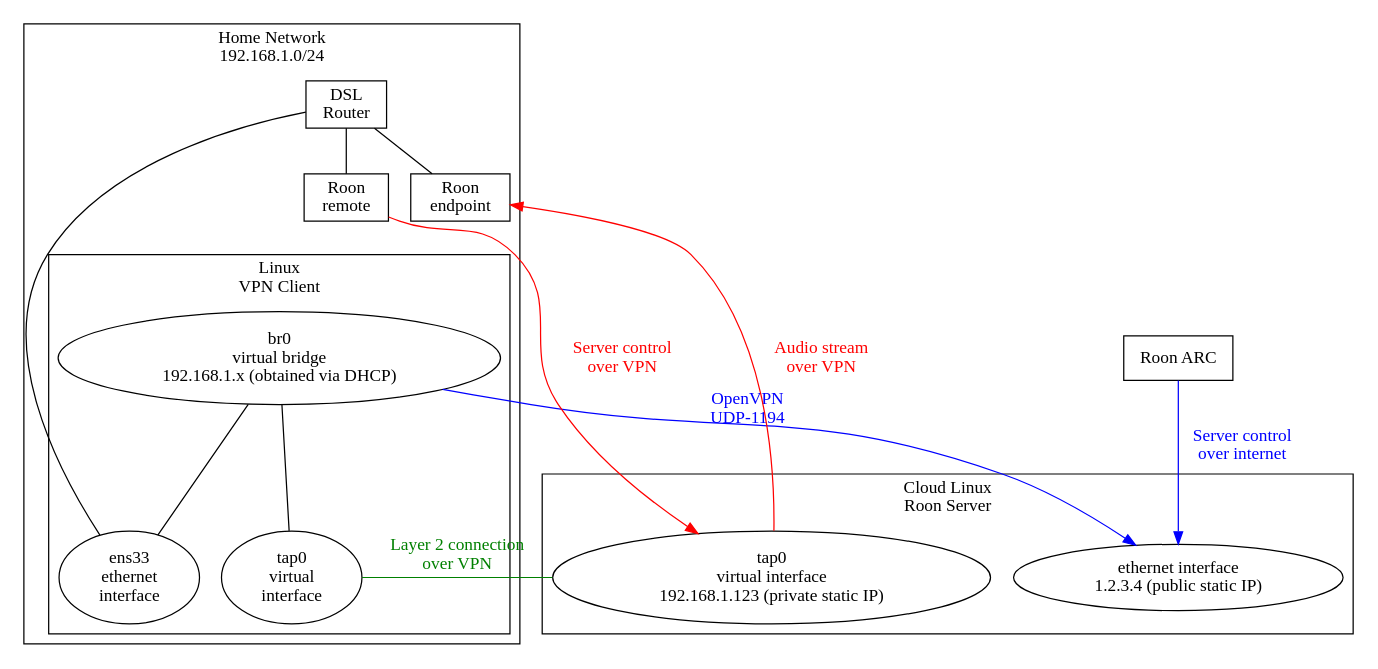
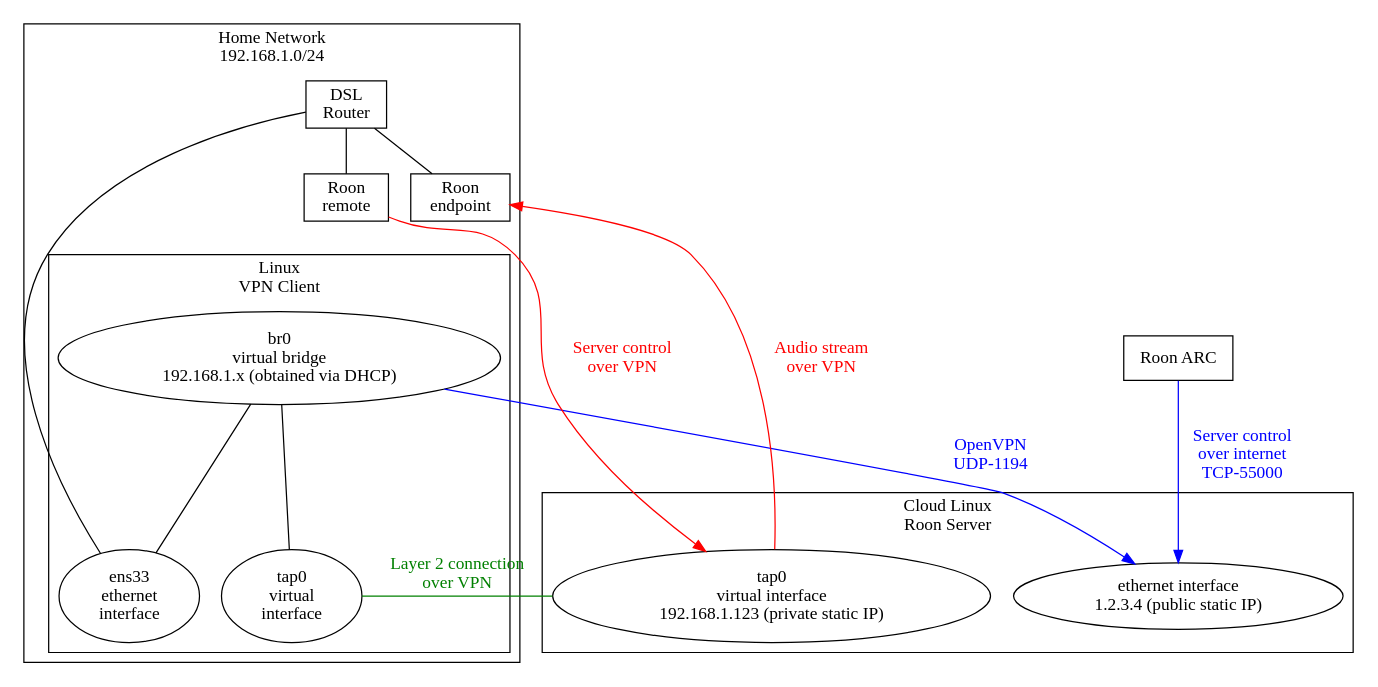
One commit to drsound/roon-cloud-setup changed the diagram in network_diagram.dot. Above: the diagram before and after it, drawn with Graphviz.

```diff
--- a/network_diagram.dot
+++ b/network_diagram.dot
@@ -1,45 +1,45 @@
 digraph network {
     node[shape = box]
     edge[dir = none]
 
     subgraph cluster_home {
         label = "Home Network\n192.168.1.0/24"
 
         subgraph cluster_client {
             label = "Linux\nVPN Client"
             br0[label = "br0\nvirtual bridge\n192.168.1.x (obtained via DHCP)", shape = ellipse]
             c_eth[label = "ens33\nethernet\ninterface", shape = ellipse]
             c_tap0[label = "tap0\nvirtual\ninterface", shape = ellipse]
 
 
             br0 -> c_eth
             br0 -> c_tap0
         }
 
         {
             router[label = "DSL\nRouter"]
             rank = min
         }
 
         roon_endpoint[label = "Roon\nendpoint"]
         root_remote[label = "Roon\nremote"]
 
         c_eth -> router
         roon_endpoint -> router
         root_remote -> router
     }
 
     subgraph cluster_server {
         label = "Cloud Linux\nRoon Server"
         s_eth[label = "ethernet interface\n1.2.3.4 (public static IP)", shape = ellipse]
         s_tap0[label = "tap0\nvirtual interface\n192.168.1.123 (private static IP)", shape = ellipse]
     }
 
     roon_arc[label = "Roon ARC"]
 
     c_tap0 -> s_tap0[label = "Layer 2 connection\nover VPN", color = green, fontcolor = green]
-    br0 -> s_eth[xlabel = "OpenVPN\nUDP-1194", dir = forward, color = blue, fontcolor = blue]
+    br0 -> s_eth[label = "OpenVPN\nUDP-1194", dir = forward, color = blue, fontcolor = blue]
     root_remote -> s_tap0[label = "Server control\nover VPN", dir = forward, color = red, fontcolor = red]
     s_tap0 -> roon_endpoint[label = "Audio stream\nover VPN", dir = forward, color = red, fontcolor = red]
-    roon_arc -> s_eth[label = "Server control\nover internet", dir = forward, color = blue, fontcolor = blue]
+    roon_arc -> s_eth[label = "Server control\n\over internet\nTCP-55000", dir = forward, color = blue, fontcolor = blue]
 }
```
